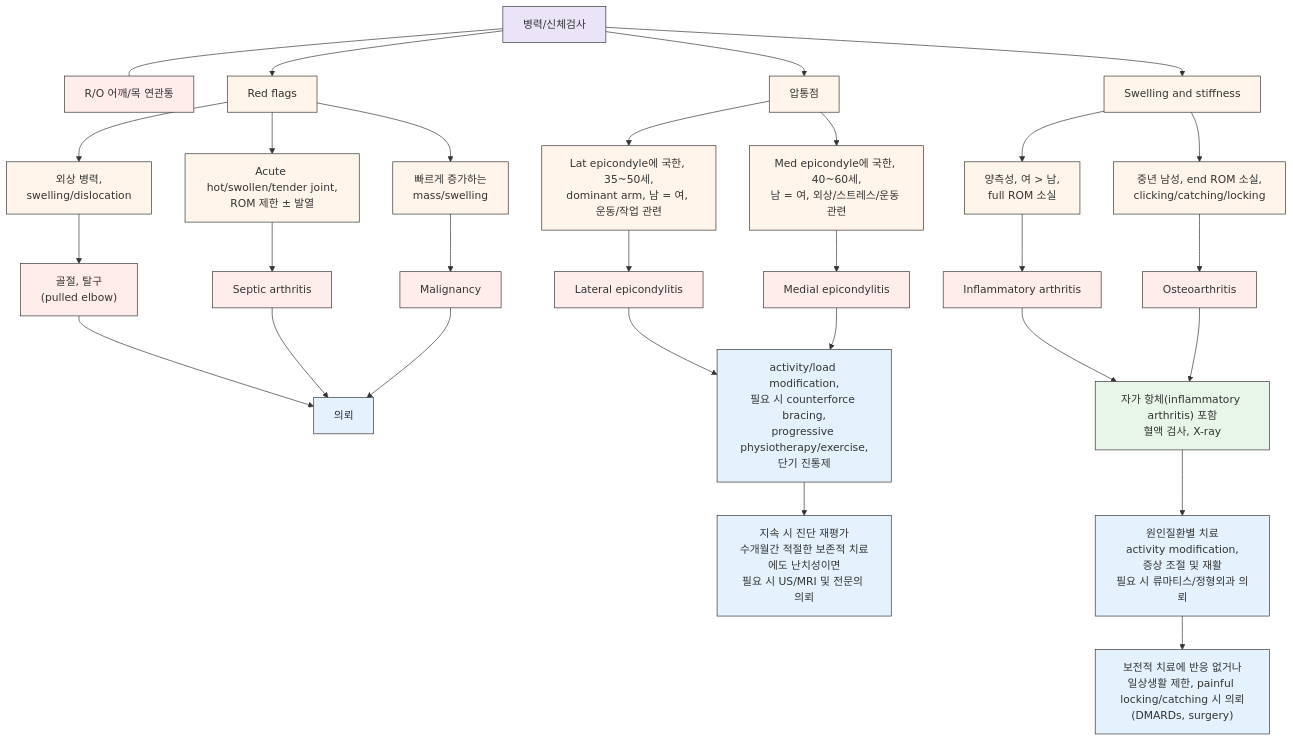
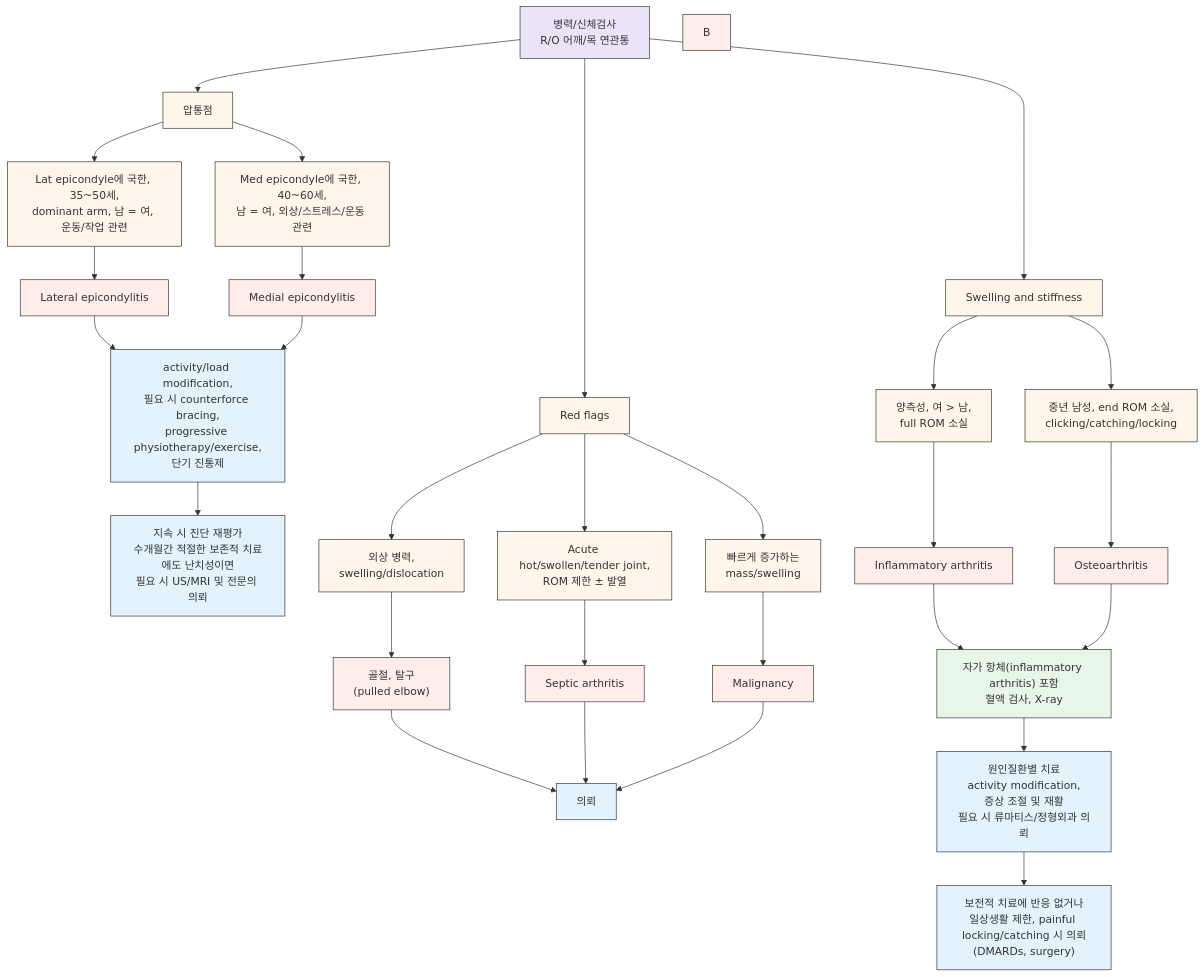
The diagram in 228_/140_-elbow-pain.md (familyoh77/familyoh77), drawn with Mermaid before and after one commit.

Commit message:
GITBOOK-1376: No subject

````diff
--- a/228_/140_-elbow-pain.md
+++ b/228_/140_-elbow-pain.md
@@ -111,77 +111,76 @@
 ```mermaid
 graph TD
-    A["병력/신체검사"]
-    B["R/O 어깨/목 연관통"]
+    A["병력/신체검사<br>R/O 어깨/목 연관통"]
+   
 
-    A --- B
 
-    A --> C["Red flags"]
     A --> D["압통점"]
-    A --> E["Swelling and stiffness"]
+    A -----> C["Red flags"]
+        A ----> E["Swelling and stiffness"]
 
+
+
+    %% 압통점 branch
+    D --> D1["Lat epicondyle에 국한, 35~50세,<br/>dominant arm, 남 = 여, 운동/작업 관련"]
+    D --> D2["Med epicondyle에 국한, 40~60세,<br/>남 = 여, 외상/스트레스/운동 관련"]
+
+    D1 --> R4["Lateral epicondylitis"]
+    D2 --> R5["Medial epicondylitis"]
+
+    R4 --> T1["activity/load modification,<br/>필요 시 counterforce bracing,<br/>progressive physiotherapy/exercise,<br/>단기 진통제"]
+    R5 --> T1
+
+    T1 --> T2["지속 시 진단 재평가<br/>수개월간 적절한 보존적 치료에도 난치성이면<br/>필요 시 US/MRI 및 전문의 의뢰"]
     %% Red flags branch
     C --> C1["외상 병력,<br/>swelling/dislocation"]
     C --> C2["Acute hot/swollen/tender joint,<br/>ROM 제한 ± 발열"]
     C --> C3["빠르게 증가하는<br/>mass/swelling"]
 
     C1 --> R1["골절, 탈구<br/>(pulled elbow)"]
     C2 --> R2["Septic arthritis"]
     C3 --> R3["Malignancy"]
 
     R1 --> X["의뢰"]
     R2 --> X
     R3 --> X
-
-    %% 압통점 branch
-    D --> D1["Lat epicondyle에 국한, 35~50세,<br/>dominant arm, 남 = 여, 운동/작업 관련"]
-    D --> D2["Med epicondyle에 국한, 40~60세,<br/>남 = 여, 외상/스트레스/운동 관련"]
-
-    D1 --> R4["Lateral epicondylitis"]
-    D2 --> R5["Medial epicondylitis"]
-
-    R4 --> T1["activity/load modification,<br/>필요 시 counterforce bracing,<br/>progressive physiotherapy/exercise,<br/>단기 진통제"]
-    R5 --> T1
-
-    T1 --> T2["지속 시 진단 재평가<br/>수개월간 적절한 보존적 치료에도 난치성이면<br/>필요 시 US/MRI 및 전문의 의뢰"]
-
     %% Swelling and stiffness branch
     E --> E1["양측성, 여 > 남,<br/>full ROM 소실"]
     E --> E2["중년 남성, end ROM 소실,<br/>clicking/catching/locking"]
 
     E1 --> R6["Inflammatory arthritis"]
     E2 --> R7["Osteoarthritis"]
 
     R6 --> T3["자가 항체(inflammatory arthritis) 포함<br/>혈액 검사, X-ray"]
     R7 --> T3
 
     T3 --> T4["원인질환별 치료<br/>activity modification,<br/>증상 조절 및 재활<br/>필요 시 류마티스/정형외과 의뢰"]
 
     T4 --> T5["보전적 치료에 반응 없거나<br/>일상생활 제한, painful locking/catching 시 의뢰<br/>(DMARDs, surgery)"]
 
     %% Direct Styling for Maximum Compatibility
     style A fill:#EBE4F9,stroke:#333,stroke-width:1px
     style B fill:#FFEDEB,stroke:#333,stroke-width:1px
     style C fill:#FFF5EA,stroke:#333,stroke-width:1px
     style D fill:#FFF5EA,stroke:#333,stroke-width:1px
     style E fill:#FFF5EA,stroke:#333,stroke-width:1px
     style C1 fill:#FFF5EA,stroke:#333,stroke-width:1px
     style C2 fill:#FFF5EA,stroke:#333,stroke-width:1px
     style C3 fill:#FFF5EA,stroke:#333,stroke-width:1px
     style D1 fill:#FFF5EA,stroke:#333,stroke-width:1px
     style D2 fill:#FFF5EA,stroke:#333,stroke-width:1px
     style E1 fill:#FFF5EA,stroke:#333,stroke-width:1px
     style E2 fill:#FFF5EA,stroke:#333,stroke-width:1px
     style R1 fill:#FFEDEB,stroke:#333,stroke-width:1px
     style R2 fill:#FFEDEB,stroke:#333,stroke-width:1px
     style R3 fill:#FFEDEB,stroke:#333,stroke-width:1px
     style R4 fill:#FFEDEB,stroke:#333,stroke-width:1px
     style R5 fill:#FFEDEB,stroke:#333,stroke-width:1px
     style R6 fill:#FFEDEB,stroke:#333,stroke-width:1px
     style R7 fill:#FFEDEB,stroke:#333,stroke-width:1px
     style X fill:#E3F2FD,stroke:#333,stroke-width:1px
     style T1 fill:#E3F2FD,stroke:#333,stroke-width:1px
     style T2 fill:#E3F2FD,stroke:#333,stroke-width:1px
     style T3 fill:#E8F5E9,stroke:#333,stroke-width:1px
     style T4 fill:#E3F2FD,stroke:#333,stroke-width:1px
     style T5 fill:#E3F2FD,stroke:#333,stroke-width:1px
 ```
````
